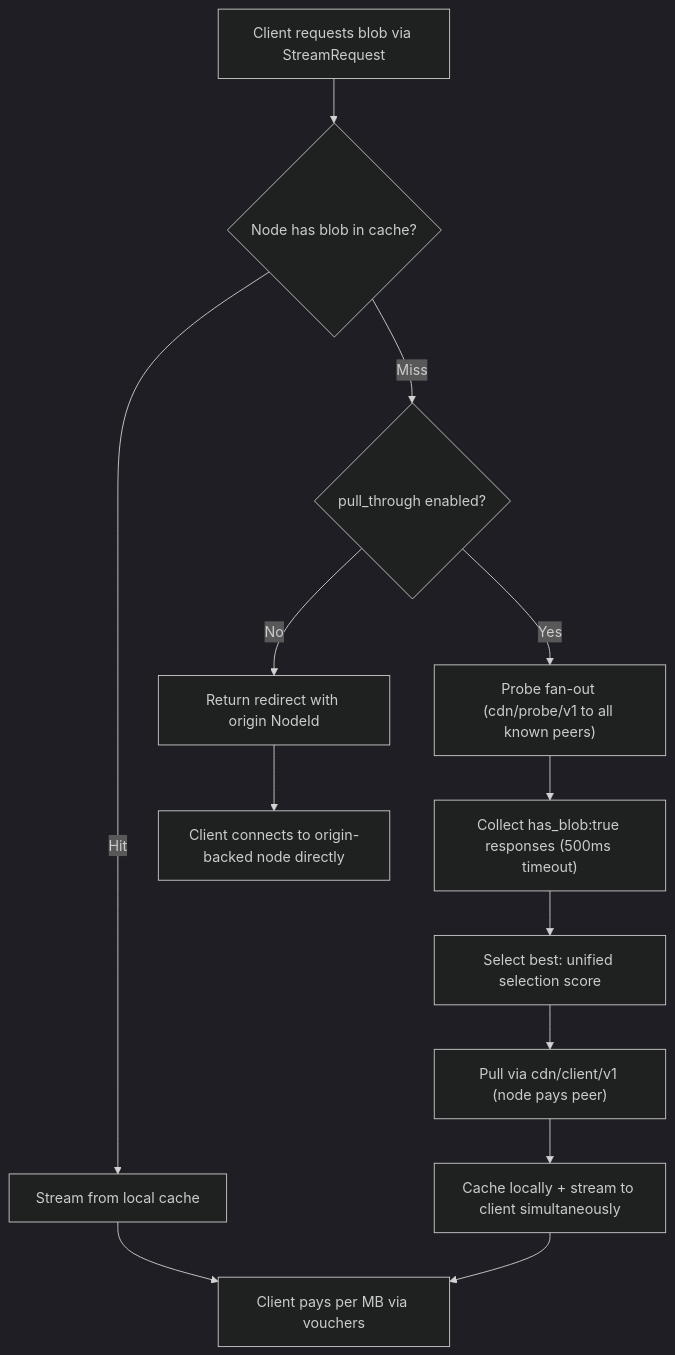
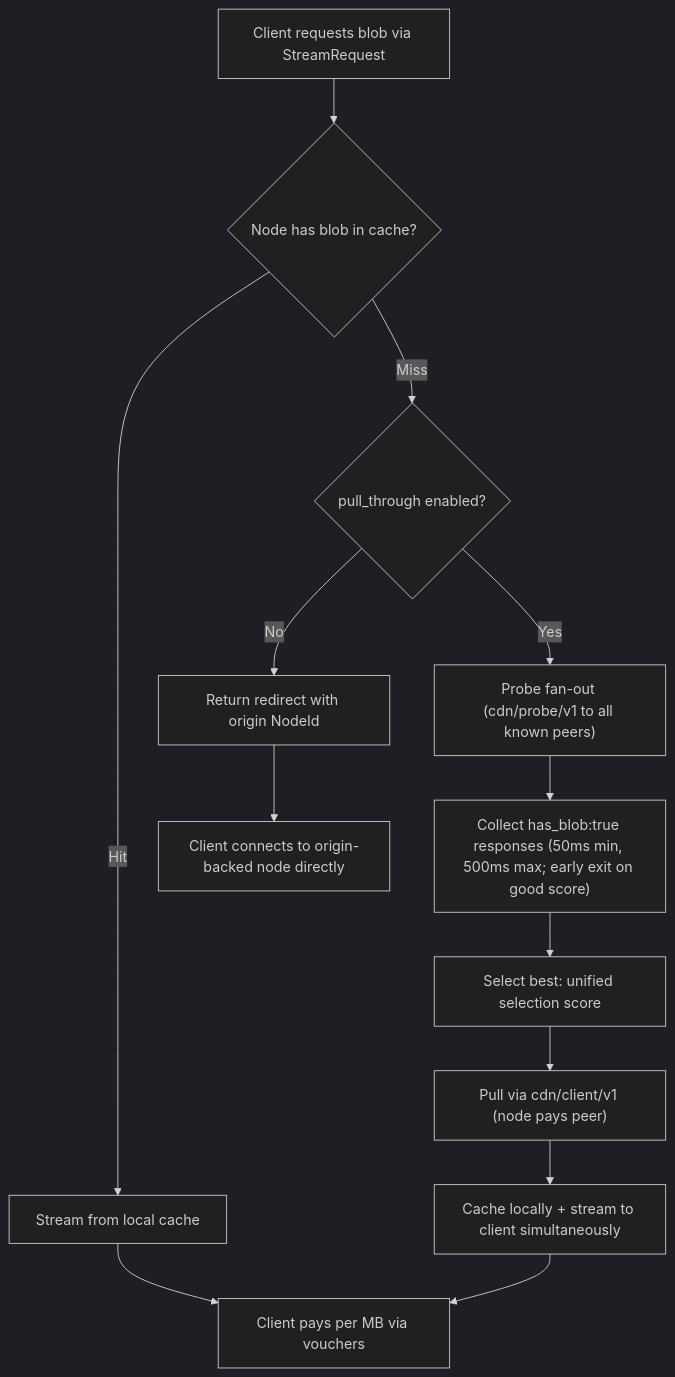
The second of 3 diagrams in adr/architecture.md (decdn/decdn), drawn with Mermaid (dark theme) before and after one commit. The commit also changed 2 other files, not shown here.

Commit message:
docs: add early exit option for 500ms probe wait (#133)
* docs: add early exit option for 500ms probe wait (ADR 001, 005)

Introduce adaptive early-exit mechanism for probe collection to reduce
P50 cache-miss latency from ~500ms to ~50-100ms while preserving
geographic fairness. Collection now uses a two-phase wait: mandatory
minimum (50ms), then early exit when sufficient good responses arrive,
with the full 500ms as a ceiling fallback.

Closes #118

* docs: fix rolling median seed, parameter naming, and phase structure

Address review feedback:
- Fix logic bug: seed rolling median with 0 (not +Inf) so early exit
  is correctly disabled until score history accumulates
- Use consistent parameter name early_exit_score_threshold throughout
- Restructure Collect step as explicit Phase 1 / Phase 2
- Add production tuning guidance for operators
- Make ADR 005 cross-reference name the specific early-exit conditions

---------

````diff
--- a/adr/architecture.md
+++ b/adr/architecture.md
@@ -263,17 +263,17 @@
 ```mermaid
 flowchart TD
     A[Client requests blob via StreamRequest] --> B{Node has blob in cache?}
     B -->|Hit| C[Stream from local cache]
     C --> D[Client pays per MB via vouchers]
 
     B -->|Miss| E{pull_through enabled?}
     E -->|Yes| F["Probe fan-out (cdn/probe/v1 to all known peers)"]
-    F --> G["Collect has_blob:true responses (500ms timeout)"]
+    F --> G["Collect has_blob:true responses (50ms min, 500ms max; early exit on good score)"]
     G --> H["Select best: unified selection score"]
     H --> I["Pull via cdn/client/v1 (node pays peer)"]
     I --> J[Cache locally + stream to client simultaneously]
     J --> D
 
     E -->|No| K[Return redirect with origin NodeId]
     K --> L[Client connects to origin-backed node directly]
 ```
````
